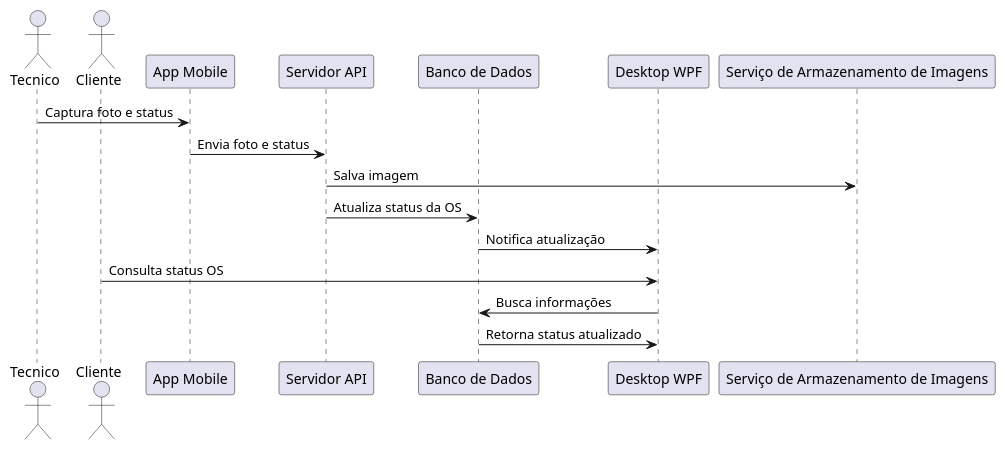
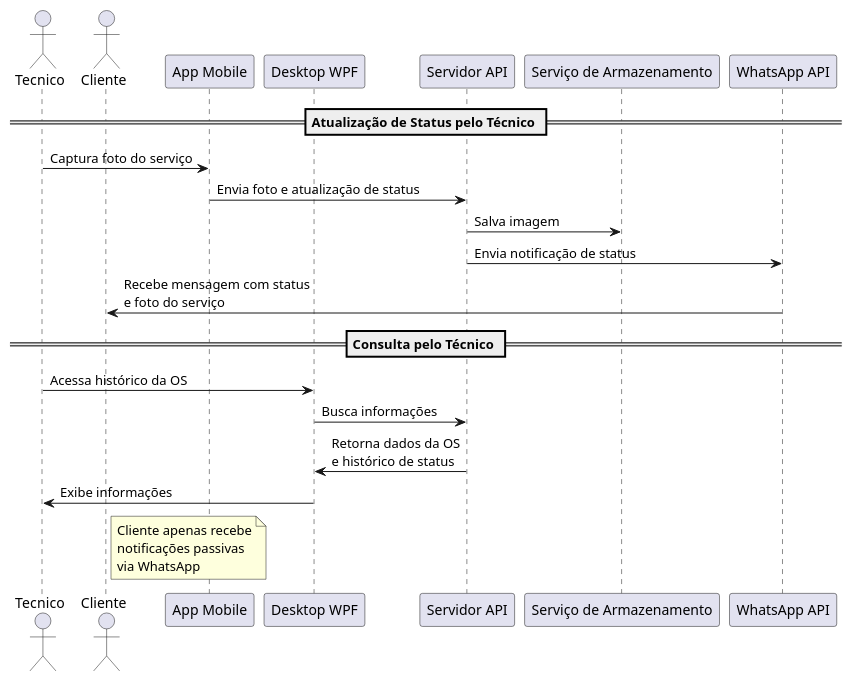
The diagram in docs/sequence_status_update.puml (abraaodeveloper/cell-fix-manager), drawn with PlantUML before and after one commit. The commit also changed 6 other files, not shown here.

```diff
--- a/docs/sequence_status_update.puml
+++ b/docs/sequence_status_update.puml
@@ -1,19 +1,29 @@
 @startuml
 actor Tecnico
 actor Cliente
 participant "App Mobile" as Mobile
+participant "Desktop WPF" as Desktop
 participant "Servidor API" as API
-participant "Banco de Dados" as DB
-participant "Desktop WPF" as Desktop
-participant "Serviço de Armazenamento de Imagens" as Storage
+participant "Serviço de Armazenamento" as Storage
+participant "WhatsApp API" as WhatsApp
 
-Tecnico -> Mobile : Captura foto e status
-Mobile -> API : Envia foto e status
+== Atualização de Status pelo Técnico ==
+Tecnico -> Mobile : Captura foto do serviço
+Mobile -> API : Envia foto e atualização de status
 API -> Storage : Salva imagem
-API -> DB : Atualiza status da OS
-DB -> Desktop : Notifica atualização
+API -> WhatsApp : Envia notificação de status
+WhatsApp -> Cliente : Recebe mensagem com status\ne foto do serviço
 
-Cliente -> Desktop : Consulta status OS
-Desktop -> DB : Busca informações
-DB -> Desktop : Retorna status atualizado
+== Consulta pelo Técnico ==
+Tecnico -> Desktop : Acessa histórico da OS
+Desktop -> API : Busca informações
+API -> Desktop : Retorna dados da OS\ne histórico de status
+Desktop -> Tecnico : Exibe informações
+
+note right of Cliente
+  Cliente apenas recebe
+  notificações passivas
+  via WhatsApp
+end note
+
 @enduml
```
